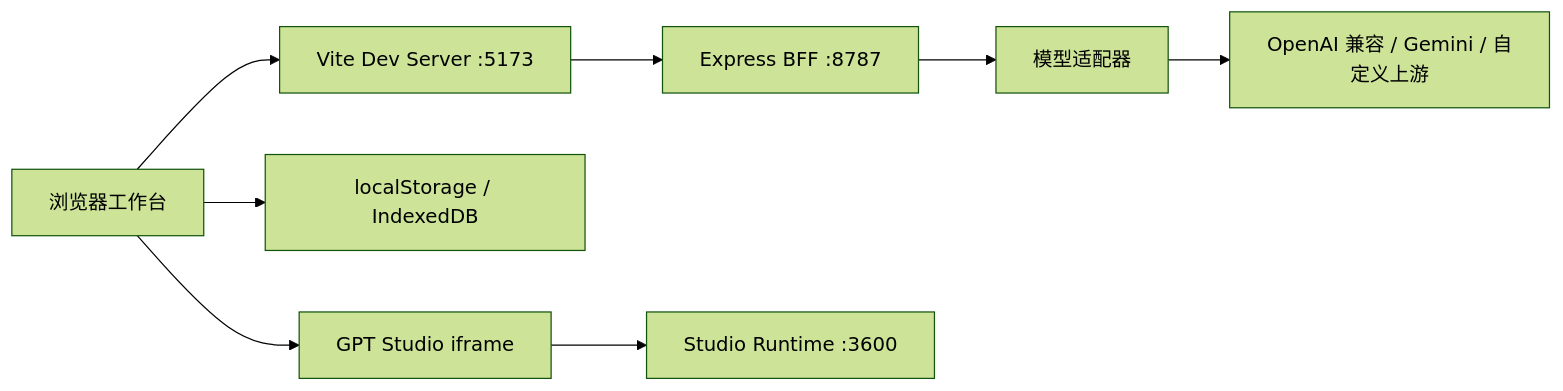
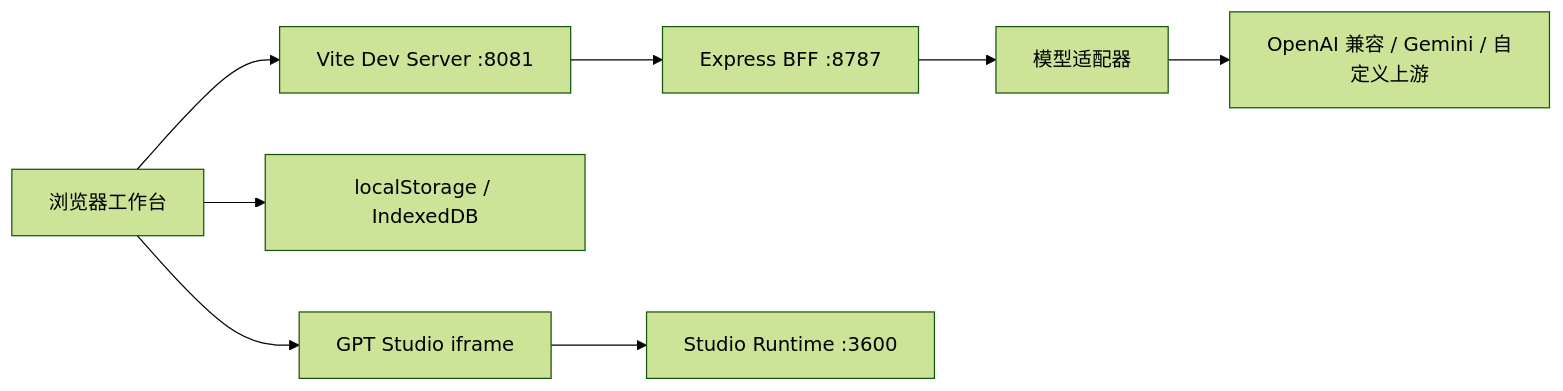
Before and after one commit to githubshansheng/api2img: the diagram in README.md, drawn with Mermaid (forest theme). The commit also changed other lines of this file and 3 other files, not shown here.

Commit message:
chore: set Vite dev port to 8081

````diff
--- a/README.md
+++ b/README.md
@@ -112,10 +112,10 @@
 ```mermaid
 flowchart LR
-  Browser["浏览器工作台"] --> Vite["Vite Dev Server :5173"]
+  Browser["浏览器工作台"] --> Vite["Vite Dev Server :8081"]
   Vite --> BFF["Express BFF :8787"]
   Browser --> LocalStore["localStorage / IndexedDB"]
   BFF --> Adapter["模型适配器"]
   Adapter --> Upstream["OpenAI 兼容 / Gemini / 自定义上游"]
   Browser --> StudioFrame["GPT Studio iframe"]
   StudioFrame --> StudioServer["Studio Runtime :3600"]
 ```
````
